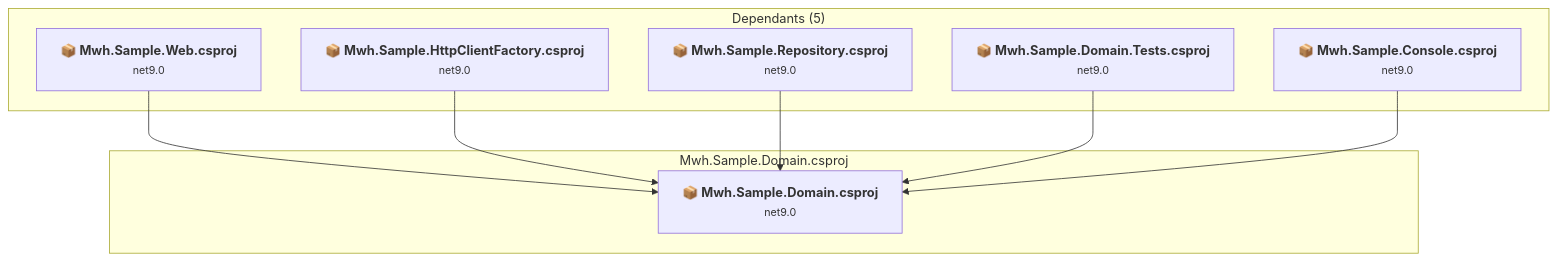
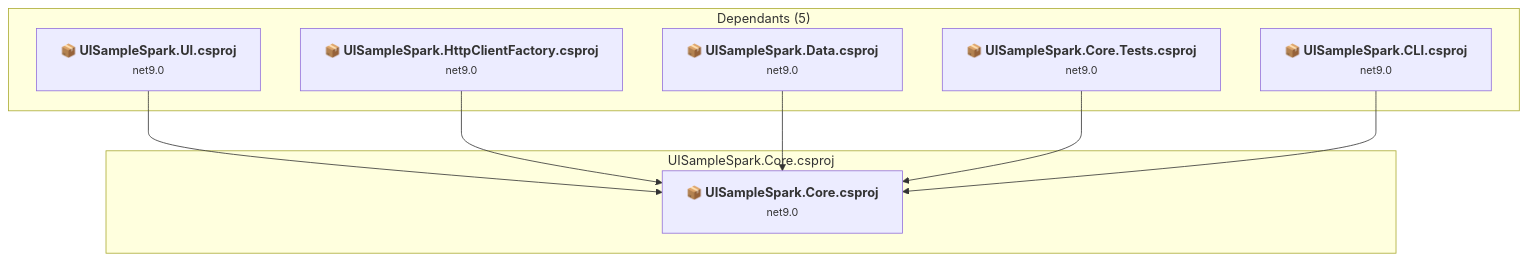
One commit to markhazleton/SampleMvcCRUD changed the fourth of 8 diagrams in .documentation/copilot/archive/upgrades/assessment.md. Above: the diagram before and after it, drawn with Mermaid. The commit also changed other lines of this file and 393 other files, not shown here.

First line of the commit message:
feat: Rebrand to UISampleSpark with modernized project structure

````diff
--- a/.documentation/copilot/archive/upgrades/assessment.md
+++ b/.documentation/copilot/archive/upgrades/assessment.md
@@ -161,25 +161,25 @@
 ```mermaid
 flowchart TB
     subgraph upstream["Dependants (5)"]
-        P1["<b>📦&nbsp;Mwh.Sample.Web.csproj</b><br/><small>net9.0</small>"]
-        P3["<b>📦&nbsp;Mwh.Sample.HttpClientFactory.csproj</b><br/><small>net9.0</small>"]
-        P4["<b>📦&nbsp;Mwh.Sample.Repository.csproj</b><br/><small>net9.0</small>"]
-        P5["<b>📦&nbsp;Mwh.Sample.Domain.Tests.csproj</b><br/><small>net9.0</small>"]
-        P7["<b>📦&nbsp;Mwh.Sample.Console.csproj</b><br/><small>net9.0</small>"]
-        click P1 "#mwhsamplewebmwhsamplewebcsproj"
-        click P3 "#mwhsamplehttpclientfactorymwhsamplehttpclientfactorycsproj"
-        click P4 "#mwhsamplerepositorymwhsamplerepositorycsproj"
-        click P5 "#mwhsampledomaintestsmwhsampledomaintestscsproj"
-        click P7 "#mwhsampleconsolemwhsampleconsolecsproj"
+        P1["<b>📦&nbsp;UISampleSpark.UI.csproj</b><br/><small>net9.0</small>"]
+        P3["<b>📦&nbsp;UISampleSpark.HttpClientFactory.csproj</b><br/><small>net9.0</small>"]
+        P4["<b>📦&nbsp;UISampleSpark.Data.csproj</b><br/><small>net9.0</small>"]
+        P5["<b>📦&nbsp;UISampleSpark.Core.Tests.csproj</b><br/><small>net9.0</small>"]
+        P7["<b>📦&nbsp;UISampleSpark.CLI.csproj</b><br/><small>net9.0</small>"]
+        click P1 "#uisamplesparkuisamplesparkcsproj"
+        click P3 "#uisamplesparkhttpclientfactorycsproj"
+        click P4 "#uisamplesparkdatacsproj"
+        click P5 "#uisamplesparkcoretestscsproj"
+        click P7 "#uisamplesparkclicsproj"
     end
-    subgraph current["Mwh.Sample.Domain.csproj"]
-        MAIN["<b>📦&nbsp;Mwh.Sample.Domain.csproj</b><br/><small>net9.0</small>"]
-        click MAIN "#mwhsampledomainmwhsampledomaincsproj"
+    subgraph current["UISampleSpark.Core.csproj"]
+        MAIN["<b>📦&nbsp;UISampleSpark.Core.csproj</b><br/><small>net9.0</small>"]
+        click MAIN "#uisamplesparkcorecsproj"
     end
     P1 --> MAIN
     P3 --> MAIN
     P4 --> MAIN
     P5 --> MAIN
     P7 --> MAIN
 
 ```
````
